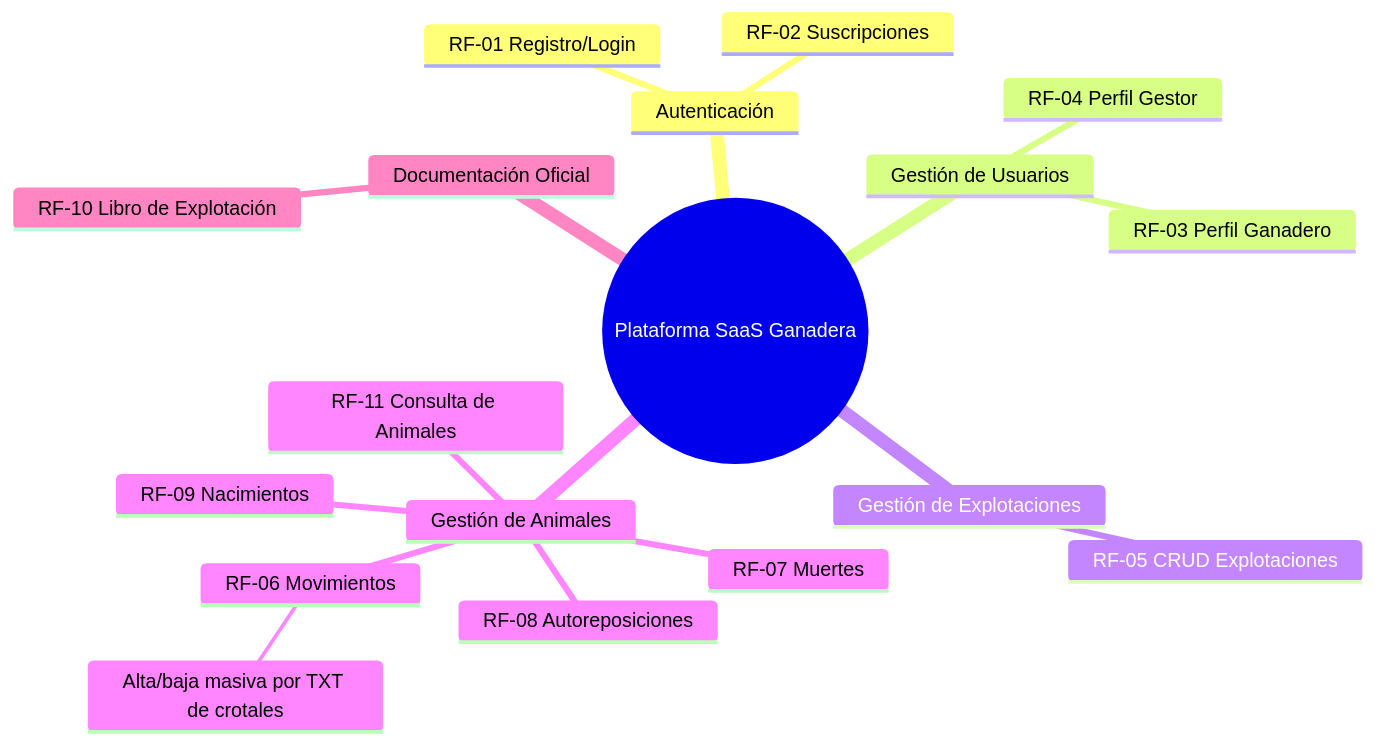
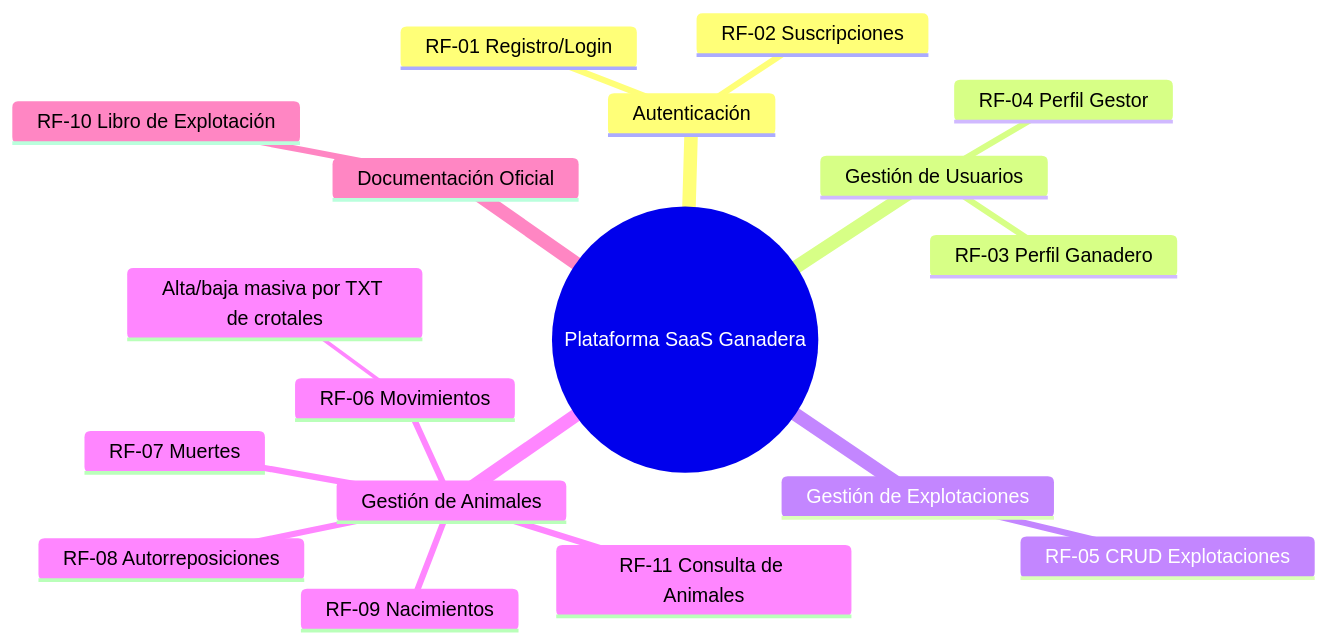
One commit to josemgarciar/pecualia changed the first of 2 diagrams in docs/PRD.md. Above: the diagram before and after it, drawn with Mermaid. The commit also changed other lines of this file and 5 other files, not shown here.

````diff
--- a/docs/PRD.md
+++ b/docs/PRD.md
@@ -62,21 +62,21 @@
 ```mermaid
 mindmap
   root((Plataforma SaaS Ganadera))
     Autenticación
       RF-01 Registro/Login
       RF-02 Suscripciones
     Gestión de Usuarios
       RF-03 Perfil Ganadero
       RF-04 Perfil Gestor
     Gestión de Explotaciones
       RF-05 CRUD Explotaciones
     Gestión de Animales
       RF-06 Movimientos
         Alta/baja masiva por TXT de crotales
       RF-07 Muertes
-      RF-08 Autoreposiciones
+      RF-08 Autorreposiciones
       RF-09 Nacimientos
       RF-11 Consulta de Animales
     Documentación Oficial
       RF-10 Libro de Explotación
 ```
````
